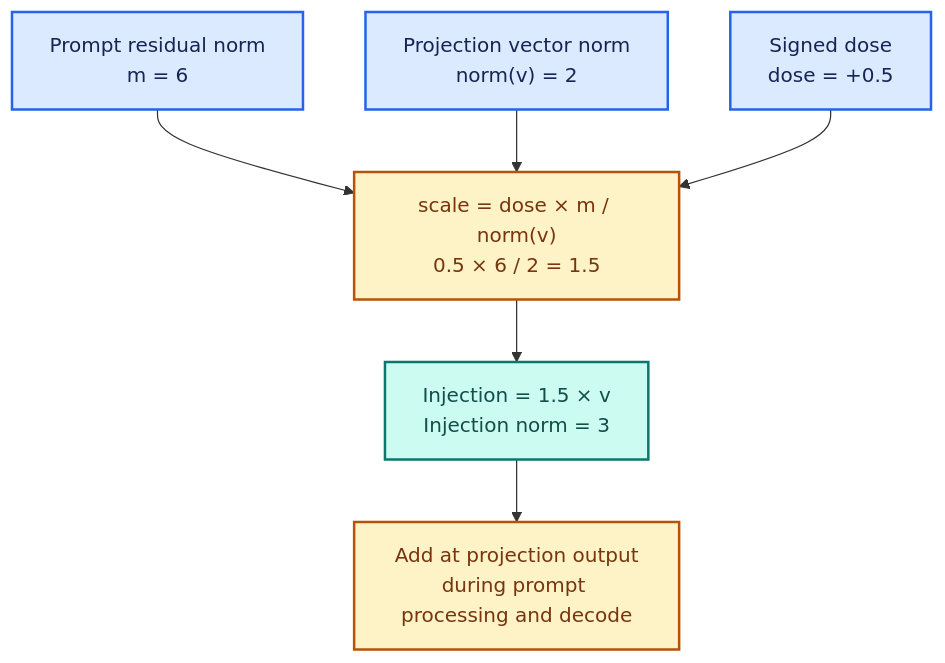
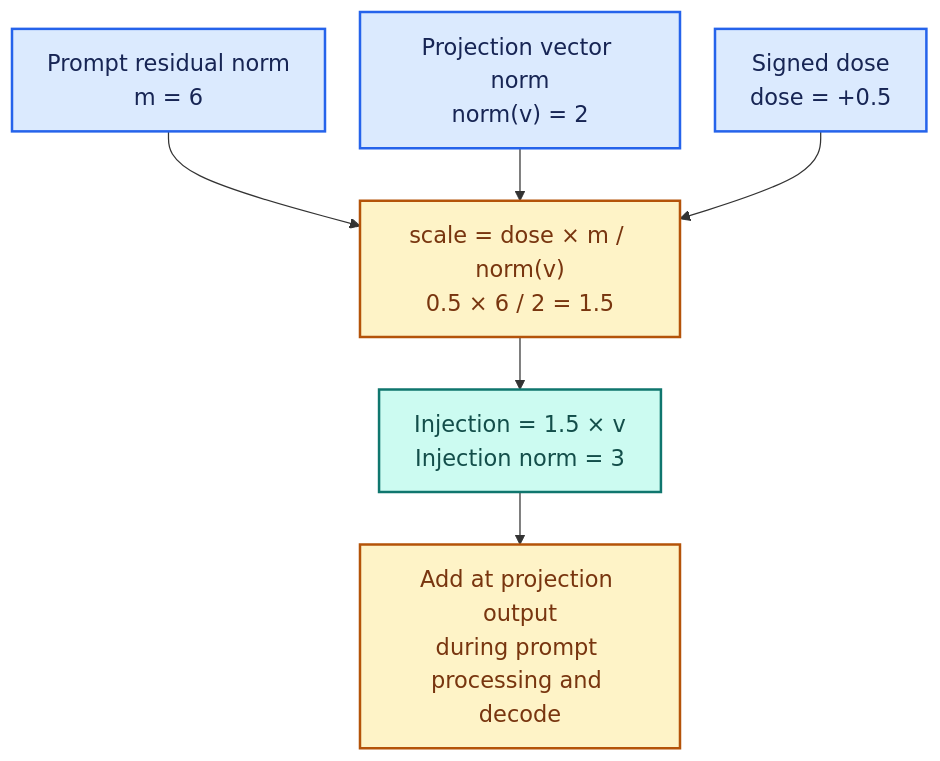
The third of 3 diagrams in README.md (djayuffe/neuron-steer), drawn with Mermaid before and after one commit. The commit also changed other lines of this file and 6 other files, not shown here.

Commit message:
Improve reading paths, diagram typography and ELI5 concept explanations

````diff
--- a/README.md
+++ b/README.md
@@ -177,16 +223,28 @@
 ```mermaid
+---
+config:
+  fontFamily: Arial, Helvetica, sans-serif
+  fontSize: 18
+  themeVariables:
+    fontFamily: Arial, Helvetica, sans-serif
+    fontSize: 18px
+  flowchart:
+    nodeSpacing: 28
+    rankSpacing: 42
+    padding: 14
+---
 flowchart TB
   accTitle: A worked example of prompt-relative dose
   accDescr: Median residual norm six, projection norm two and dose one half give scale one point five and injected norm three.
-M["Prompt residual norm<br/>m = 6"]:::input --> S["scale = dose × m / norm(v)<br/>0.5 × 6 / 2 = 1.5"]:::choice
+  M["Prompt residual norm<br/>m = 6"]:::input --> S["scale = dose × m / norm(v)<br/>0.5 × 6 / 2 = 1.5"]:::choice
   V["Projection vector norm<br/>norm(v) = 2"]:::input --> S
   D["Signed dose<br/>dose = +0.5"]:::input --> S
   S --> A["Injection = 1.5 × v<br/>Injection norm = 3"]:::local
   A --> O["Add at projection output<br/>during prompt processing and decode"]:::choice
   classDef input fill:#DBEAFE,stroke:#2563EB,color:#172554,stroke-width:2px;
   classDef local fill:#CCFBF1,stroke:#0F766E,color:#134E4A,stroke-width:2px;
   classDef choice fill:#FEF3C7,stroke:#B45309,color:#78350F,stroke-width:2px;
   classDef evidence fill:#EDE9FE,stroke:#7C3AED,color:#3B0764,stroke-width:2px;
   classDef remote fill:#FCE7F3,stroke:#BE185D,color:#831843,stroke-width:2px;
   classDef limit fill:#FEE2E2,stroke:#DC2626,color:#7F1D1D,stroke-width:2px;
 ```
````
